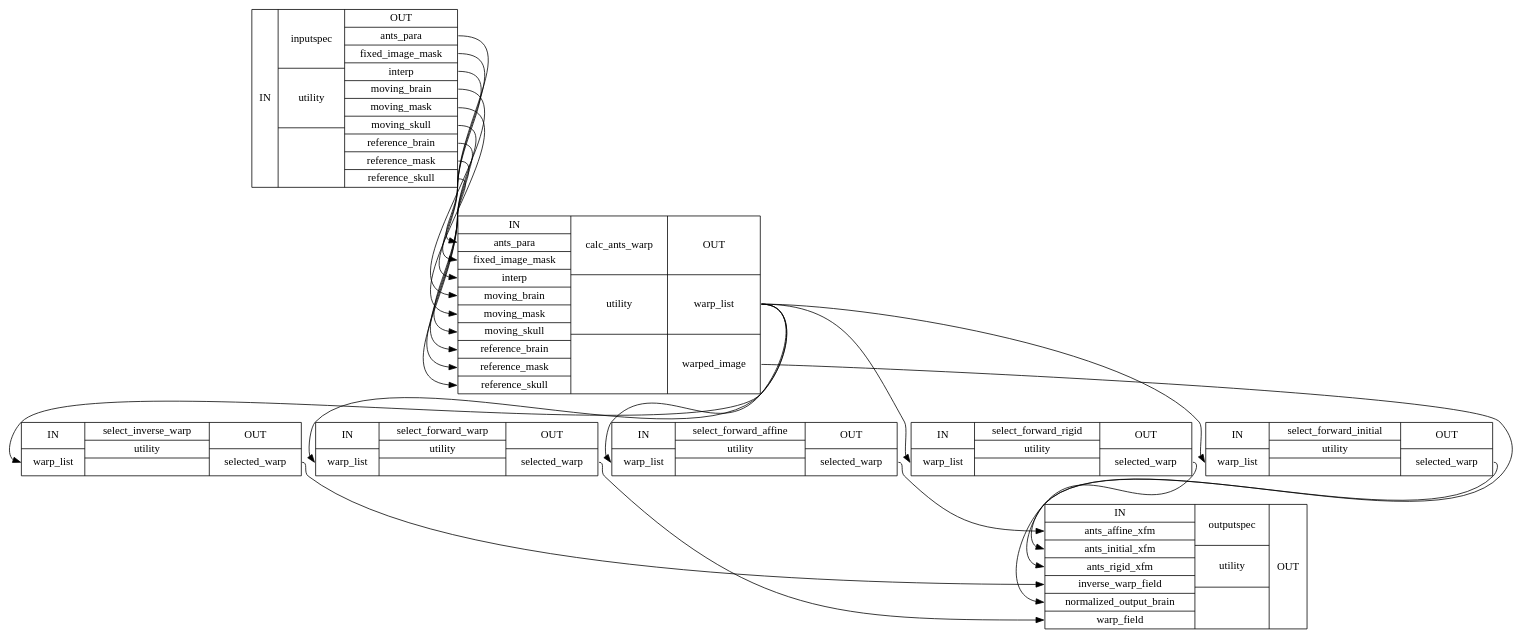
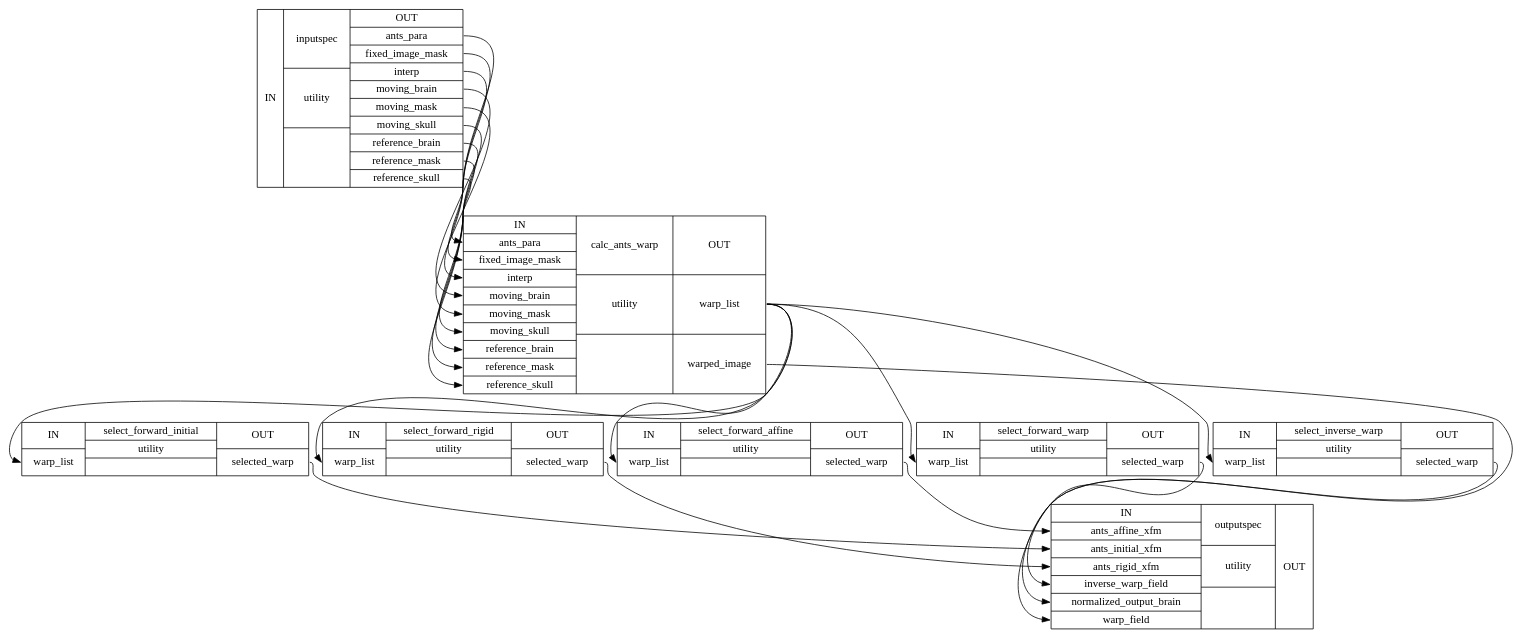
One commit to FCP-INDI/fcp-indi.github.io changed the diagram in docs/nightly/developer/workflows/images/generated/calculate_ants_warp_detailed.dot. Above: the diagram before and after it, drawn with Graphviz. The commit also changed other lines of this file and 220 other files, not shown here.

```diff
--- a/docs/nightly/developer/workflows/images/generated/calculate_ants_warp_detailed.dot
+++ b/docs/nightly/developer/workflows/images/generated/calculate_ants_warp_detailed.dot
@@ -1,31 +1,31 @@
 digraph structs {
 node [shape=record];
 "create_wf_calculate_ants_warpinputspec" [label="{IN}|{ inputspec | utility |  }|{OUT|<outantspara> ants_para|<outfixedimagemask> fixed_image_mask|<outinterp> interp|<outmovingbrain> moving_brain|<outmovingmask> moving_mask|<outmovingskull> moving_skull|<outreferencebrain> reference_brain|<outreferencemask> reference_mask|<outreferenceskull> reference_skull}"];
 "create_wf_calculate_ants_warpcalc_ants_warp" [label="{IN|<inantspara> ants_para|<infixedimagemask> fixed_image_mask|<ininterp> interp|<inmovingbrain> moving_brain|<inmovingmask> moving_mask|<inmovingskull> moving_skull|<inreferencebrain> reference_brain|<inreferencemask> reference_mask|<inreferenceskull> reference_skull}|{ calc_ants_warp | utility |  }|{OUT|<outwarplist> warp_list|<outwarpedimage> warped_image}"];
+"create_wf_calculate_ants_warpselect_forward_initial" [label="{IN|<inwarplist> warp_list}|{ select_forward_initial | utility |  }|{OUT|<outselectedwarp> selected_warp}"];
+"create_wf_calculate_ants_warpselect_forward_rigid" [label="{IN|<inwarplist> warp_list}|{ select_forward_rigid | utility |  }|{OUT|<outselectedwarp> selected_warp}"];
+"create_wf_calculate_ants_warpselect_forward_affine" [label="{IN|<inwarplist> warp_list}|{ select_forward_affine | utility |  }|{OUT|<outselectedwarp> selected_warp}"];
+"create_wf_calculate_ants_warpselect_forward_warp" [label="{IN|<inwarplist> warp_list}|{ select_forward_warp | utility |  }|{OUT|<outselectedwarp> selected_warp}"];
 "create_wf_calculate_ants_warpselect_inverse_warp" [label="{IN|<inwarplist> warp_list}|{ select_inverse_warp | utility |  }|{OUT|<outselectedwarp> selected_warp}"];
-"create_wf_calculate_ants_warpselect_forward_warp" [label="{IN|<inwarplist> warp_list}|{ select_forward_warp | utility |  }|{OUT|<outselectedwarp> selected_warp}"];
-"create_wf_calculate_ants_warpselect_forward_affine" [label="{IN|<inwarplist> warp_list}|{ select_forward_affine | utility |  }|{OUT|<outselectedwarp> selected_warp}"];
-"create_wf_calculate_ants_warpselect_forward_rigid" [label="{IN|<inwarplist> warp_list}|{ select_forward_rigid | utility |  }|{OUT|<outselectedwarp> selected_warp}"];
-"create_wf_calculate_ants_warpselect_forward_initial" [label="{IN|<inwarplist> warp_list}|{ select_forward_initial | utility |  }|{OUT|<outselectedwarp> selected_warp}"];
 "create_wf_calculate_ants_warpoutputspec" [label="{IN|<inantsaffinexfm> ants_affine_xfm|<inantsinitialxfm> ants_initial_xfm|<inantsrigidxfm> ants_rigid_xfm|<ininversewarpfield> inverse_warp_field|<innormalizedoutputbrain> normalized_output_brain|<inwarpfield> warp_field}|{ outputspec | utility |  }|{OUT}"];
 "create_wf_calculate_ants_warpcalc_ants_warp":"outwarpedimage":e -> "create_wf_calculate_ants_warpoutputspec":"innormalizedoutputbrain":w;
 "create_wf_calculate_ants_warpcalc_ants_warp":"outwarplist":e -> "create_wf_calculate_ants_warpselect_forward_affine":"inwarplist":w;
 "create_wf_calculate_ants_warpcalc_ants_warp":"outwarplist":e -> "create_wf_calculate_ants_warpselect_forward_initial":"inwarplist":w;
 "create_wf_calculate_ants_warpcalc_ants_warp":"outwarplist":e -> "create_wf_calculate_ants_warpselect_forward_rigid":"inwarplist":w;
 "create_wf_calculate_ants_warpcalc_ants_warp":"outwarplist":e -> "create_wf_calculate_ants_warpselect_forward_warp":"inwarplist":w;
 "create_wf_calculate_ants_warpcalc_ants_warp":"outwarplist":e -> "create_wf_calculate_ants_warpselect_inverse_warp":"inwarplist":w;
 "create_wf_calculate_ants_warpinputspec":"outantspara":e -> "create_wf_calculate_ants_warpcalc_ants_warp":"inantspara":w;
 "create_wf_calculate_ants_warpinputspec":"outfixedimagemask":e -> "create_wf_calculate_ants_warpcalc_ants_warp":"infixedimagemask":w;
 "create_wf_calculate_ants_warpinputspec":"outinterp":e -> "create_wf_calculate_ants_warpcalc_ants_warp":"ininterp":w;
 "create_wf_calculate_ants_warpinputspec":"outmovingbrain":e -> "create_wf_calculate_ants_warpcalc_ants_warp":"inmovingbrain":w;
 "create_wf_calculate_ants_warpinputspec":"outmovingmask":e -> "create_wf_calculate_ants_warpcalc_ants_warp":"inmovingmask":w;
 "create_wf_calculate_ants_warpinputspec":"outmovingskull":e -> "create_wf_calculate_ants_warpcalc_ants_warp":"inmovingskull":w;
 "create_wf_calculate_ants_warpinputspec":"outreferencebrain":e -> "create_wf_calculate_ants_warpcalc_ants_warp":"inreferencebrain":w;
 "create_wf_calculate_ants_warpinputspec":"outreferencemask":e -> "create_wf_calculate_ants_warpcalc_ants_warp":"inreferencemask":w;
 "create_wf_calculate_ants_warpinputspec":"outreferenceskull":e -> "create_wf_calculate_ants_warpcalc_ants_warp":"inreferenceskull":w;
 "create_wf_calculate_ants_warpselect_forward_affine":"outselectedwarp":e -> "create_wf_calculate_ants_warpoutputspec":"inantsaffinexfm":w;
 "create_wf_calculate_ants_warpselect_forward_initial":"outselectedwarp":e -> "create_wf_calculate_ants_warpoutputspec":"inantsinitialxfm":w;
 "create_wf_calculate_ants_warpselect_forward_rigid":"outselectedwarp":e -> "create_wf_calculate_ants_warpoutputspec":"inantsrigidxfm":w;
 "create_wf_calculate_ants_warpselect_forward_warp":"outselectedwarp":e -> "create_wf_calculate_ants_warpoutputspec":"inwarpfield":w;
 "create_wf_calculate_ants_warpselect_inverse_warp":"outselectedwarp":e -> "create_wf_calculate_ants_warpoutputspec":"ininversewarpfield":w;
 }
```
